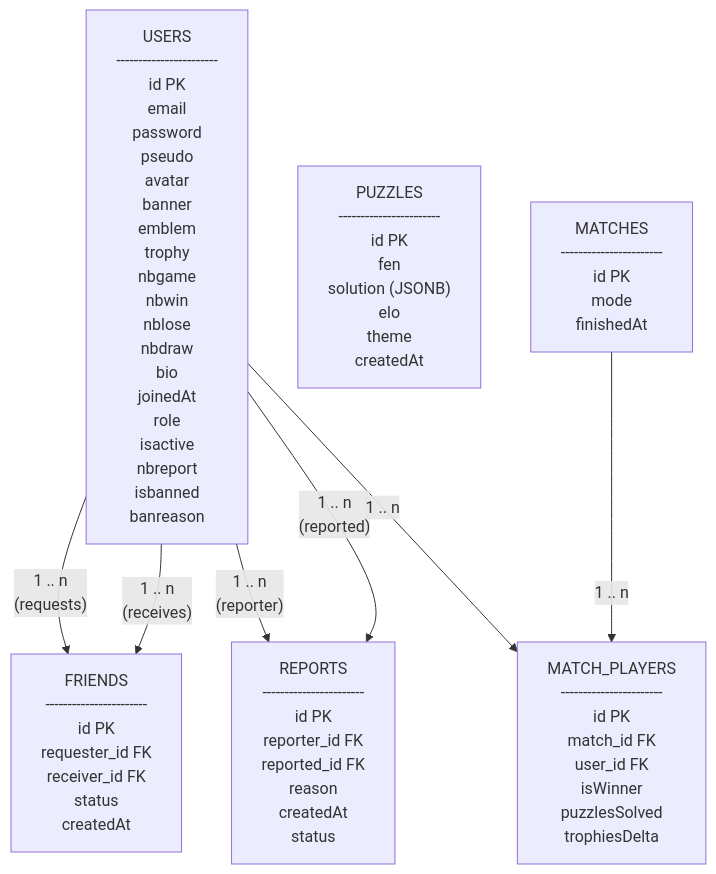
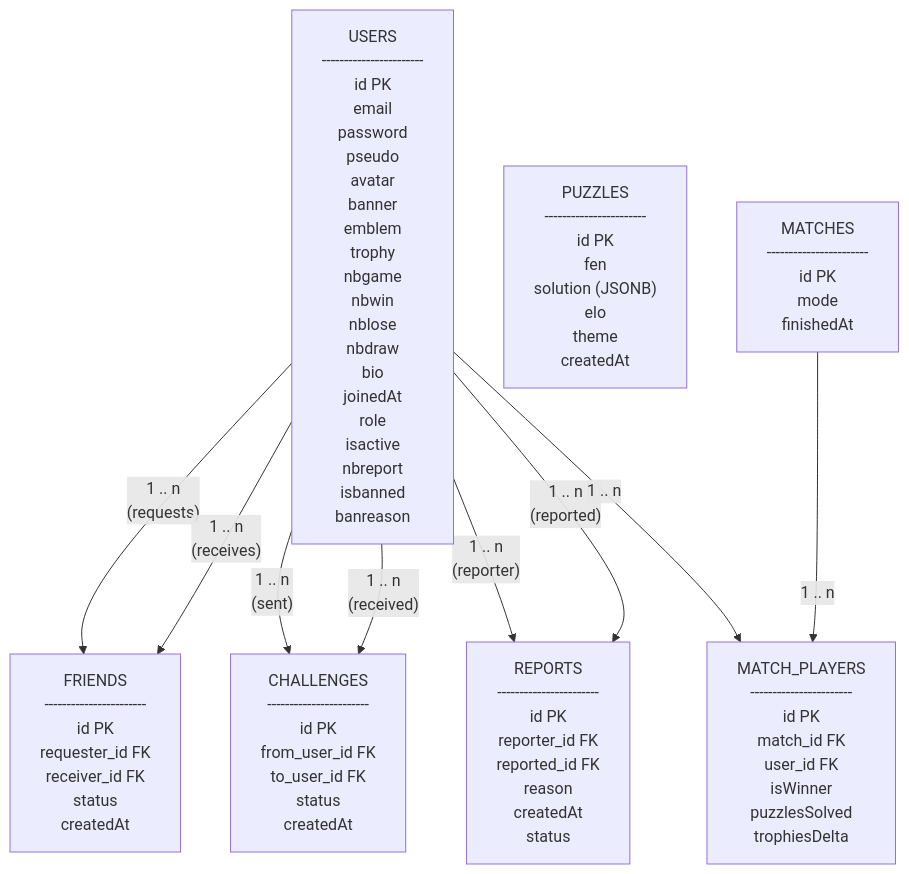
The diagram in docs/bdd/database-schema.mmd (suleyyerli/project-chess), drawn with Mermaid before and after one commit. The commit also changed 3 other files, not shown here.

```diff
--- a/docs/bdd/database-schema.mmd
+++ b/docs/bdd/database-schema.mmd
@@ -1,96 +1,110 @@
 flowchart TD
 
     %% ========= TABLES ========= %%
 
     USERS["USERS
     -----------------------
     id PK
     email
     password
     pseudo
     avatar
     banner
     emblem
     trophy
     nbgame
     nbwin
     nblose
     nbdraw
     bio
     joinedAt
     role
     isactive
     nbreport
     isbanned
     banreason
     "]
 
 
     PUZZLES["PUZZLES
     -----------------------
     id PK
     fen
     solution (JSONB)
     elo
     theme
     createdAt
     "]
 
 
     MATCHES["MATCHES
     -----------------------
     id PK
     mode
     finishedAt
     "]
 
 
     MATCH_PLAYERS["MATCH_PLAYERS
     -----------------------
     id PK
     match_id FK
     user_id FK
     isWinner
     puzzlesSolved
     trophiesDelta
     "]
 
 
     FRIENDS["FRIENDS
     -----------------------
     id PK
     requester_id FK
     receiver_id FK
     status
     createdAt
     "]
 
 
+    CHALLENGES["CHALLENGES
+    -----------------------
+    id PK
+    from_user_id FK
+    to_user_id FK
+    status
+    createdAt
+    "]
+
+
     REPORTS["REPORTS
     -----------------------
     id PK
     reporter_id FK
     reported_id FK
     reason
     createdAt
     status
     "]
 
 
     %% ========= RELATIONS ========= %%
 
     %% USERS - FRIENDS
     USERS -- "1 .. n\n(requests)" --> FRIENDS
     USERS -- "1 .. n\n(receives)" --> FRIENDS
 
+    %% USERS - CHALLENGES
+    USERS -- "1 .. n\n(sent)" --> CHALLENGES
+    USERS -- "1 .. n\n(received)" --> CHALLENGES
+
     %% USERS - REPORTS
     USERS -- "1 .. n\n(reporter)" --> REPORTS
     USERS -- "1 .. n\n(reported)" --> REPORTS
 
     %% MATCHES - MATCH_PLAYERS
     MATCHES -- "1 .. n" --> MATCH_PLAYERS
 
     %% USERS - MATCH_PLAYERS
     USERS -- "1 .. n" --> MATCH_PLAYERS
 
     %% PUZZLES : aucune relation externe
```
